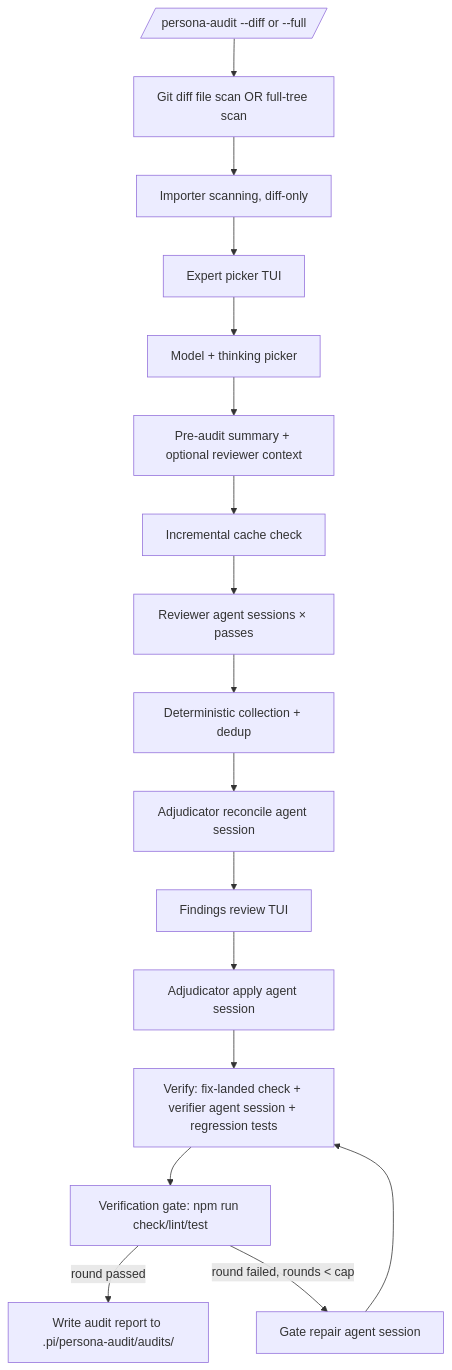
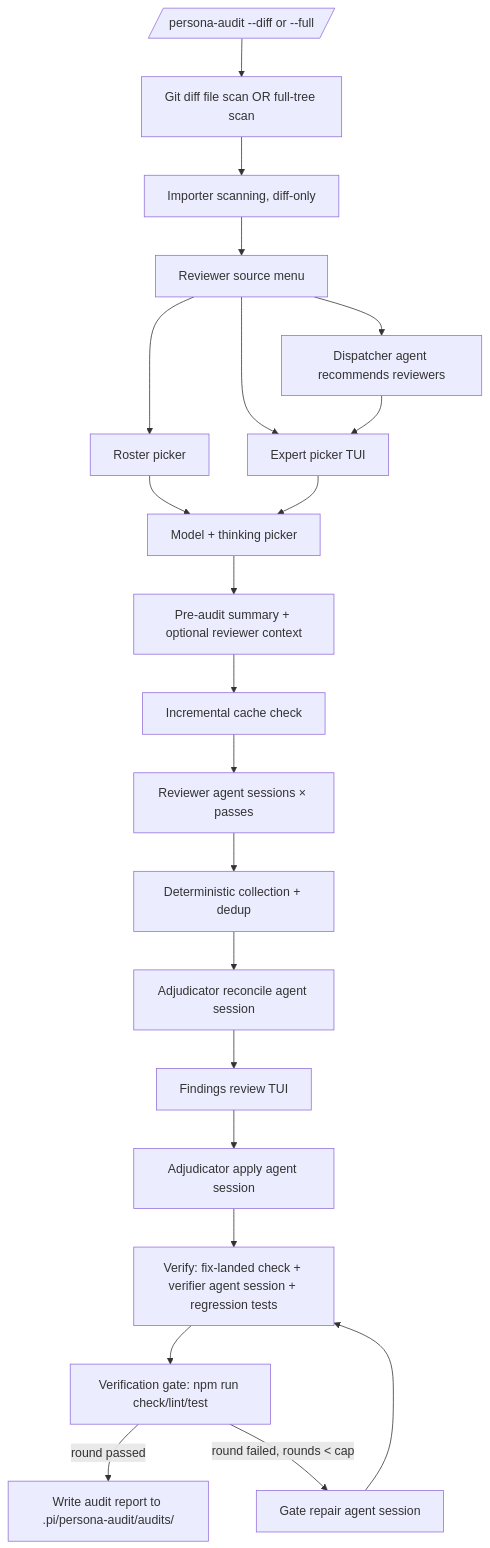
The diagram in README.md (underactive/pi-topping-persona-audit), drawn with Mermaid before and after one commit. The commit also changed other lines of this file and 16 other files, not shown here.

First line of the commit message:
feat(review): add reviewer source menu with repo-inspecting dispatcher

````diff
--- a/README.md
+++ b/README.md
@@ -204,19 +208,24 @@
 ```mermaid
 flowchart TD
   A[/persona-audit --diff or --full/] --> B[Git diff file scan OR full-tree scan]
   B --> C[Importer scanning, diff-only]
-  C --> D[Expert picker TUI]
-  D --> D2[Model + thinking picker]
+  C --> D0[Reviewer source menu]
+  D0 --> D1[Dispatcher agent recommends reviewers]
+  D0 --> DR[Roster picker]
+  D0 --> D[Expert picker TUI]
+  D1 --> D
+  DR --> D2[Model + thinking picker]
+  D --> D2
   D2 --> D3[Pre-audit summary + optional reviewer context]
   D3 --> E[Incremental cache check]
   E --> F[Reviewer agent sessions × passes]
   F --> G[Deterministic collection + dedup]
   G --> H[Adjudicator reconcile agent session]
   H --> I[Findings review TUI]
   I --> J[Adjudicator apply agent session]
   J --> K1[Verify: fix-landed check + verifier agent session + regression tests]
   K1 --> K2[Verification gate: npm run check/lint/test]
   K2 -->|round passed| L[Write audit report to .pi/persona-audit/audits/]
   K2 -->|round failed, rounds < cap| M[Gate repair agent session]
   M --> K1
 ```
````
